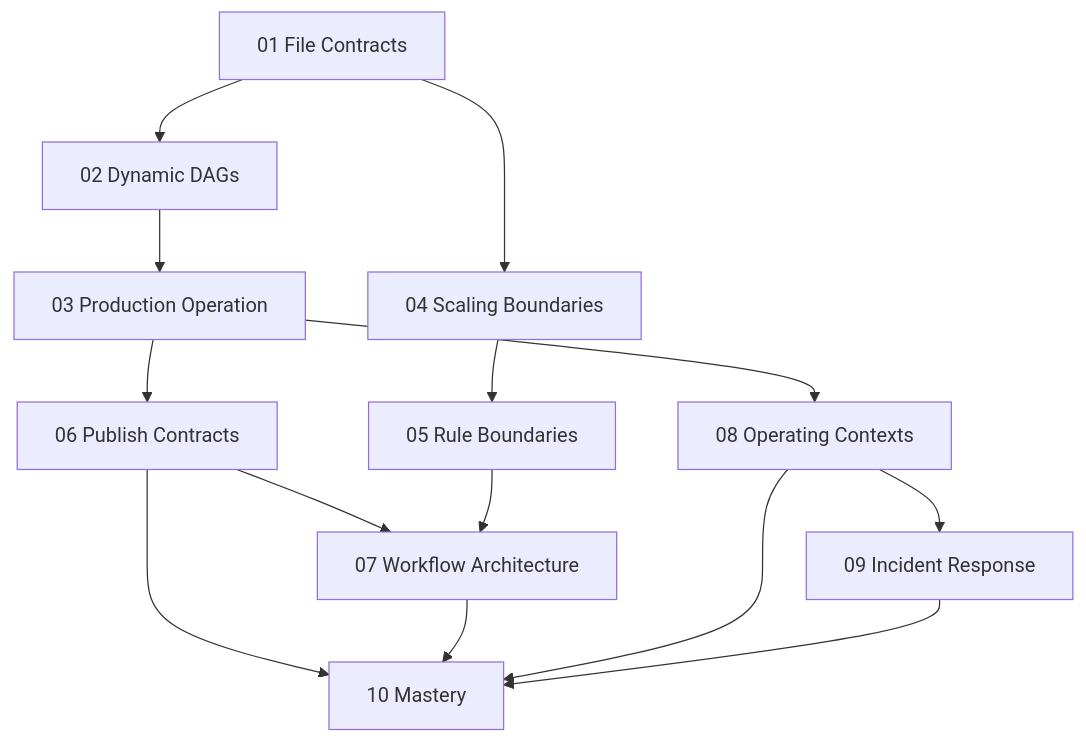
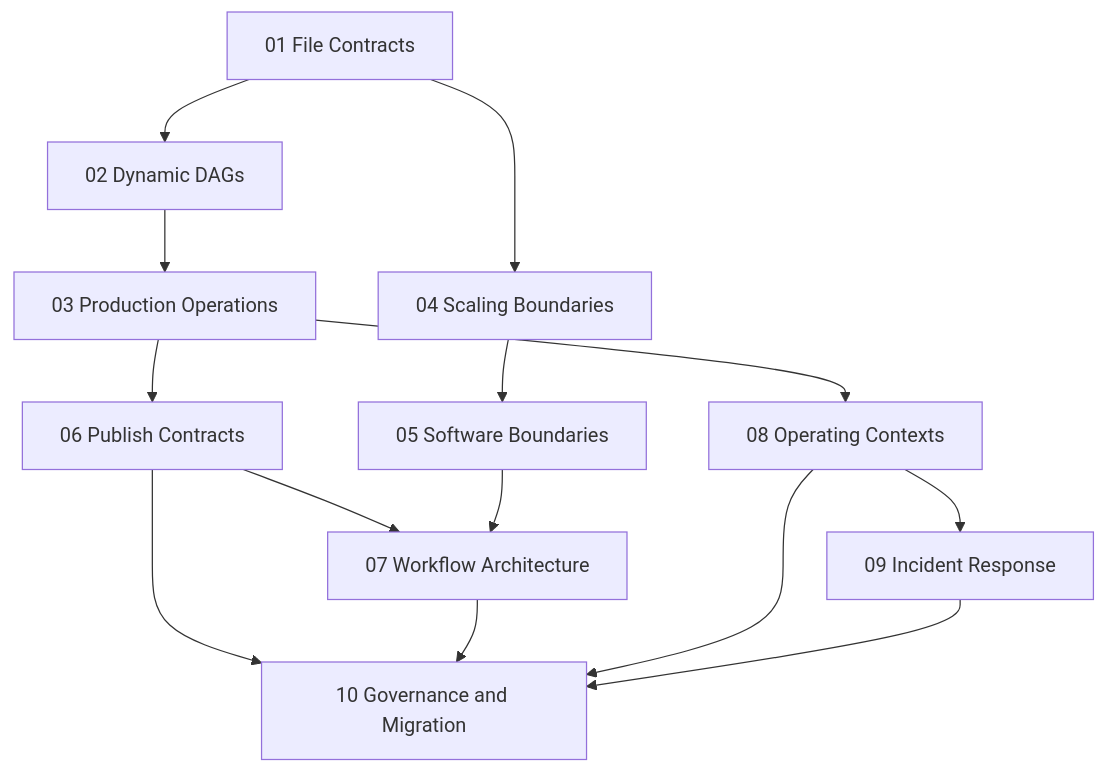
Before and after one commit to bijux/bijux-masterclass: the diagram in programs/reproducible-research/deep-dive-snakemake/course-book/reference/module-dependency-map.md, drawn with Mermaid. The commit also changed other lines of this file and 3 other files, not shown here.

````diff
--- a/programs/reproducible-research/deep-dive-snakemake/course-book/reference/module-dependency-map.md
+++ b/programs/reproducible-research/deep-dive-snakemake/course-book/reference/module-dependency-map.md
@@ -39,23 +9,23 @@
 ```mermaid
 graph TD
   m01["01 File Contracts"]
   m02["02 Dynamic DAGs"]
-  m03["03 Production Operation"]
+  m03["03 Production Operations"]
   m04["04 Scaling Boundaries"]
-  m05["05 Rule Boundaries"]
+  m05["05 Software Boundaries"]
   m06["06 Publish Contracts"]
   m07["07 Workflow Architecture"]
   m08["08 Operating Contexts"]
   m09["09 Incident Response"]
-  m10["10 Mastery"]
+  m10["10 Governance and Migration"]
 
   m01 --> m02 --> m03
   m01 --> m04 --> m05
   m03 --> m06 --> m07
   m03 --> m08 --> m09
   m05 --> m07
   m06 --> m10
   m07 --> m10
   m08 --> m10
   m09 --> m10
 ```
````
